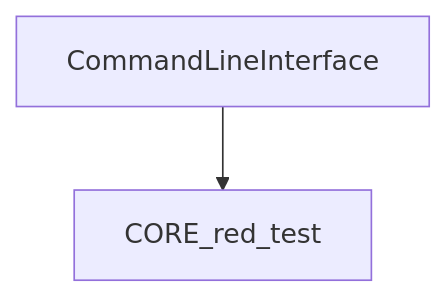
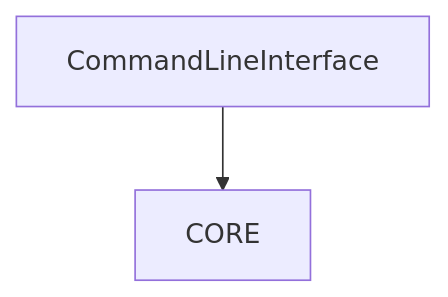
The diagram in docs/architecture/dependency-graph-mermaid.md (asienicki/slnx-mermaid), drawn with Mermaid before and after one commit.

Commit message:
Green test - mermaid workflow

````diff
--- a/docs/architecture/dependency-graph-mermaid.md
+++ b/docs/architecture/dependency-graph-mermaid.md
@@ -1,5 +1,5 @@
 ```mermaid
 graph TD
-    CommandLineInterface --> CORE_red_test
+    CommandLineInterface --> CORE
 
 ```
````
